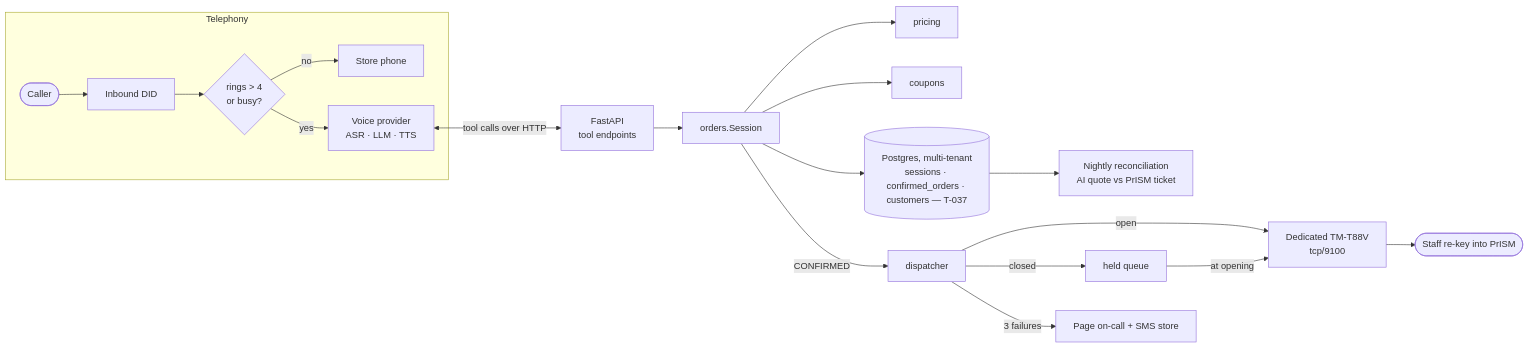
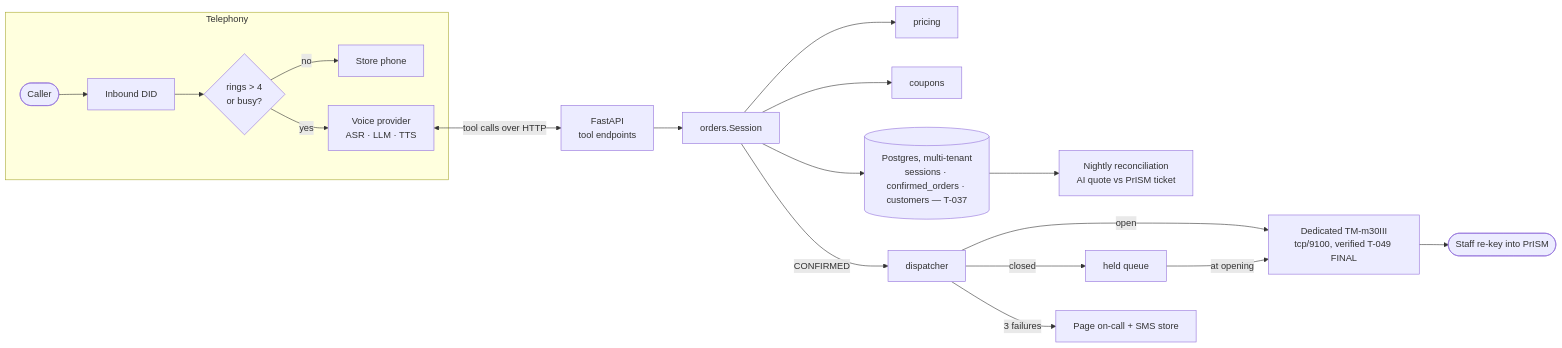
The second of 3 diagrams in docs/ARCHITECTURE.md (ckvishwa/Lakewood-AI), drawn with Mermaid before and after one commit. The commit also changed other lines of this file and 11 other files, not shown here.

````diff
--- a/docs/ARCHITECTURE.md
+++ b/docs/ARCHITECTURE.md
@@ -36,21 +57,21 @@
 ```mermaid
 graph LR
     subgraph Telephony
       CALLER([Caller]) --> DID[Inbound DID]
       DID --> RING{rings > 4<br/>or busy?}
       RING -->|no| STORE[Store phone]
       RING -->|yes| VP[Voice provider<br/>ASR · LLM · TTS]
     end
     VP <-->|tool calls over HTTP| API[FastAPI<br/>tool endpoints]
     API --> ORD[orders.Session]
     ORD --> PRI[pricing]
     ORD --> COU[coupons]
     ORD --> STORE_DB[(Postgres, multi-tenant<br/>sessions · confirmed_orders · customers — T-037)]
     ORD -->|CONFIRMED| DISP[dispatcher]
-    DISP -->|open| PRN[Dedicated TM-T88V<br/>tcp/9100]
+    DISP -->|open| PRN[Dedicated TM-m30III<br/>tcp/9100, verified T-049 FINAL]
     DISP -->|closed| Q[held queue]
     Q -->|at opening| PRN
     DISP -->|3 failures| ALERT[Page on-call + SMS store]
     PRN --> STAFF([Staff re-key into PrISM])
     STORE_DB --> RECON[Nightly reconciliation<br/>AI quote vs PrISM ticket]
 ```
````
